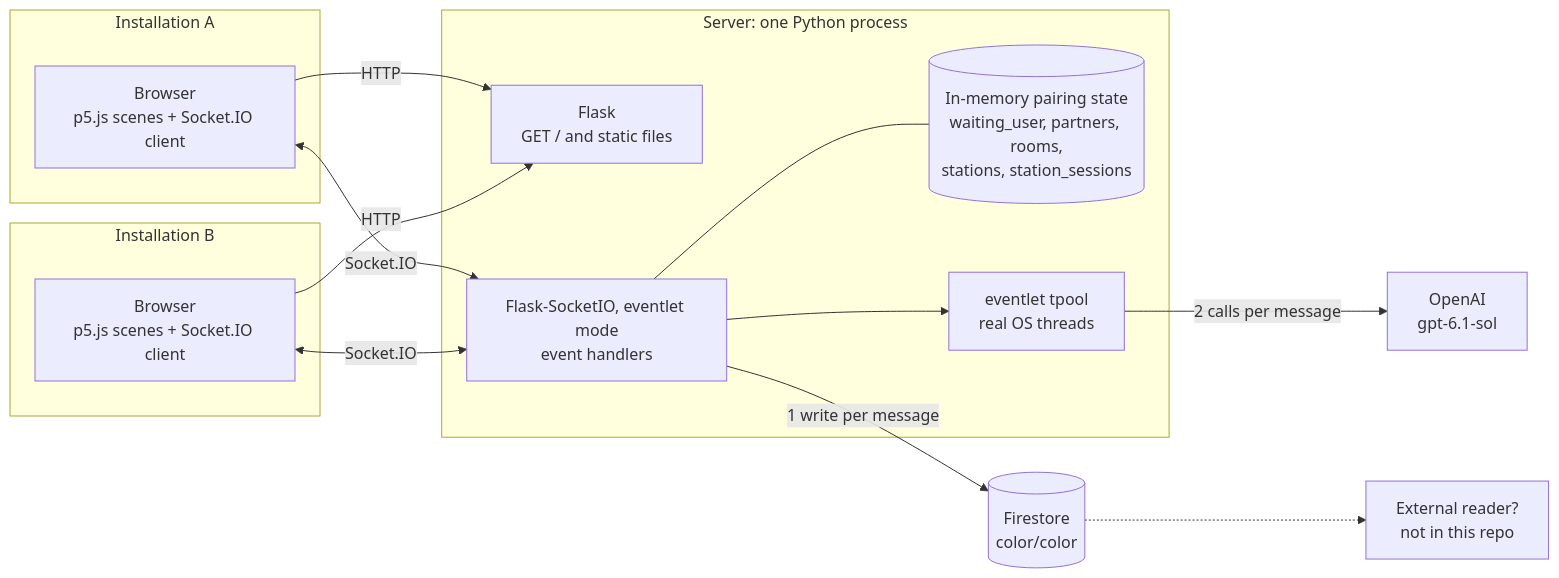
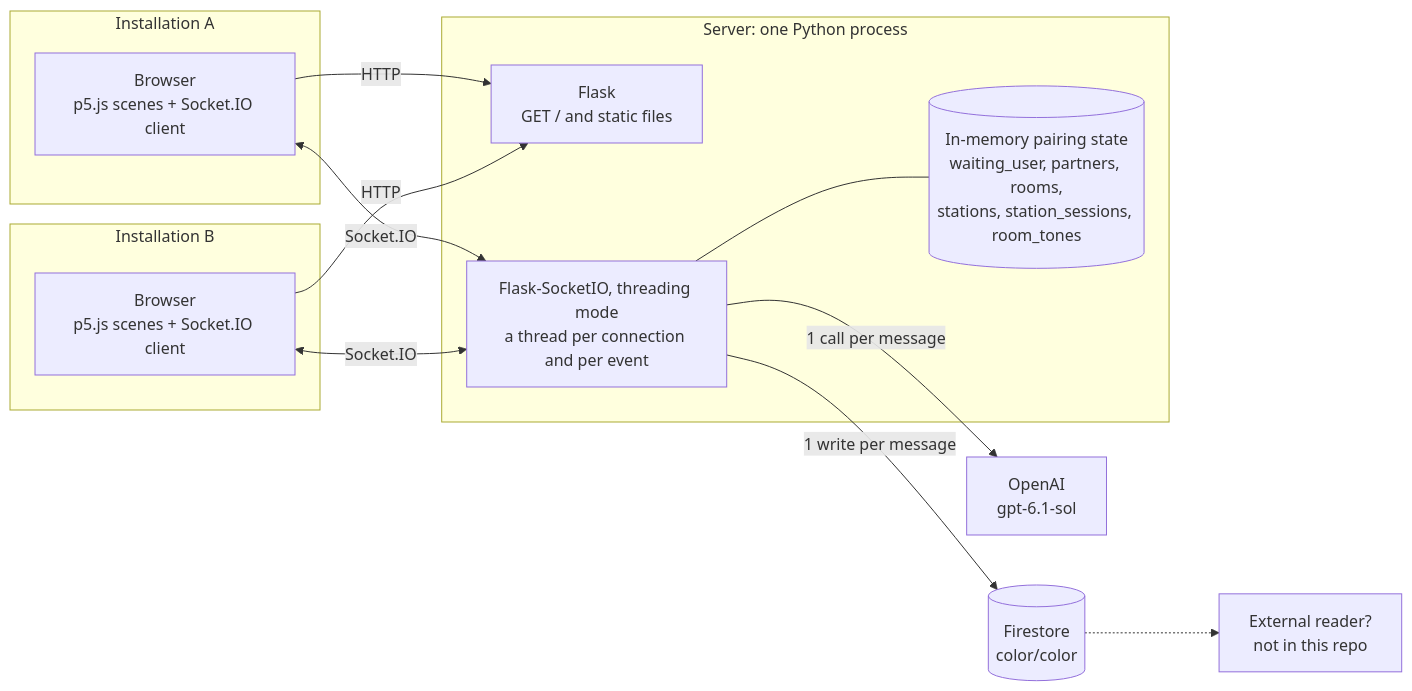
Before and after one commit to partyck/in-between-us: the first of 6 diagrams in architecture.md, drawn with Mermaid. The commit also changed other lines of this file and 10 other files, not shown here.

````diff
--- a/architecture.md
+++ b/architecture.md
@@ -9,27 +9,25 @@
 ```mermaid
 flowchart LR
     subgraph IA["Installation A"]
         CA["Browser<br/>p5.js scenes + Socket.IO client"]
     end
     subgraph IB["Installation B"]
         CB["Browser<br/>p5.js scenes + Socket.IO client"]
     end
     subgraph SRV["Server: one Python process"]
         HTTP["Flask<br/>GET / and static files"]
-        SIO["Flask-SocketIO, eventlet mode<br/>event handlers"]
-        PAIR[("In-memory pairing state<br/>waiting_user, partners, rooms,<br/>stations, station_sessions")]
-        TP["eventlet tpool<br/>real OS threads"]
+        SIO["Flask-SocketIO, threading mode<br/>a thread per connection and per event"]
+        PAIR[("In-memory pairing state<br/>waiting_user, partners, rooms,<br/>stations, station_sessions, room_tones")]
         SIO --- PAIR
-        SIO --> TP
     end
     OAI["OpenAI<br/>gpt-6.1-sol"]
     FS[("Firestore<br/>color/color")]
     EXT["External reader?<br/>not in this repo"]
     CA <-->|Socket.IO| SIO
     CB <-->|Socket.IO| SIO
     CA -->|HTTP| HTTP
     CB -->|HTTP| HTTP
-    TP -->|2 calls per message| OAI
+    SIO -->|1 call per message| OAI
     SIO -->|1 write per message| FS
     FS -.-> EXT
 ```
````
